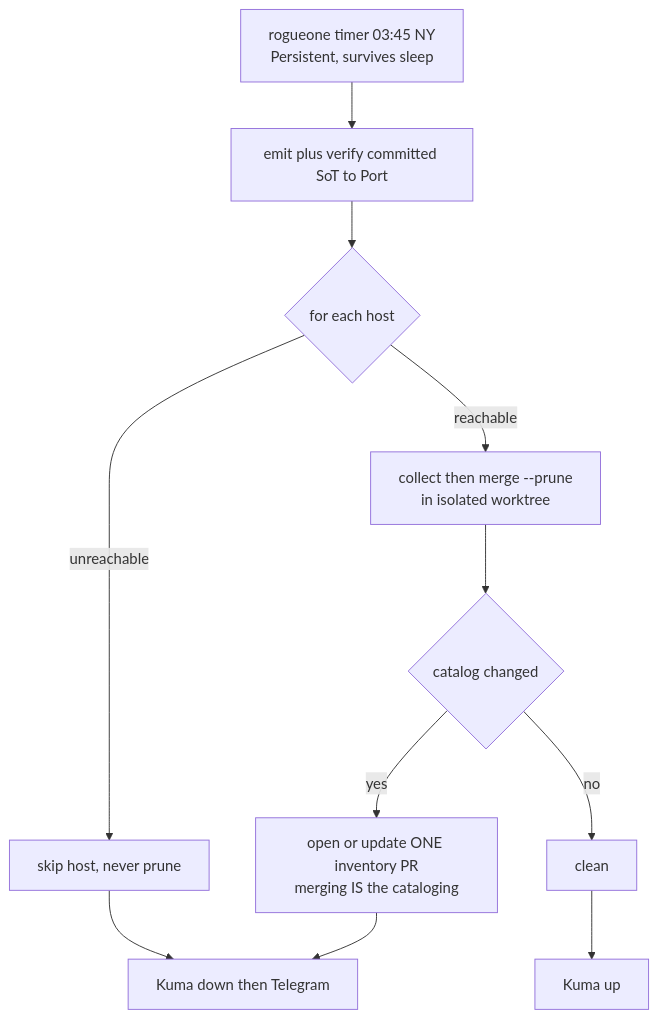
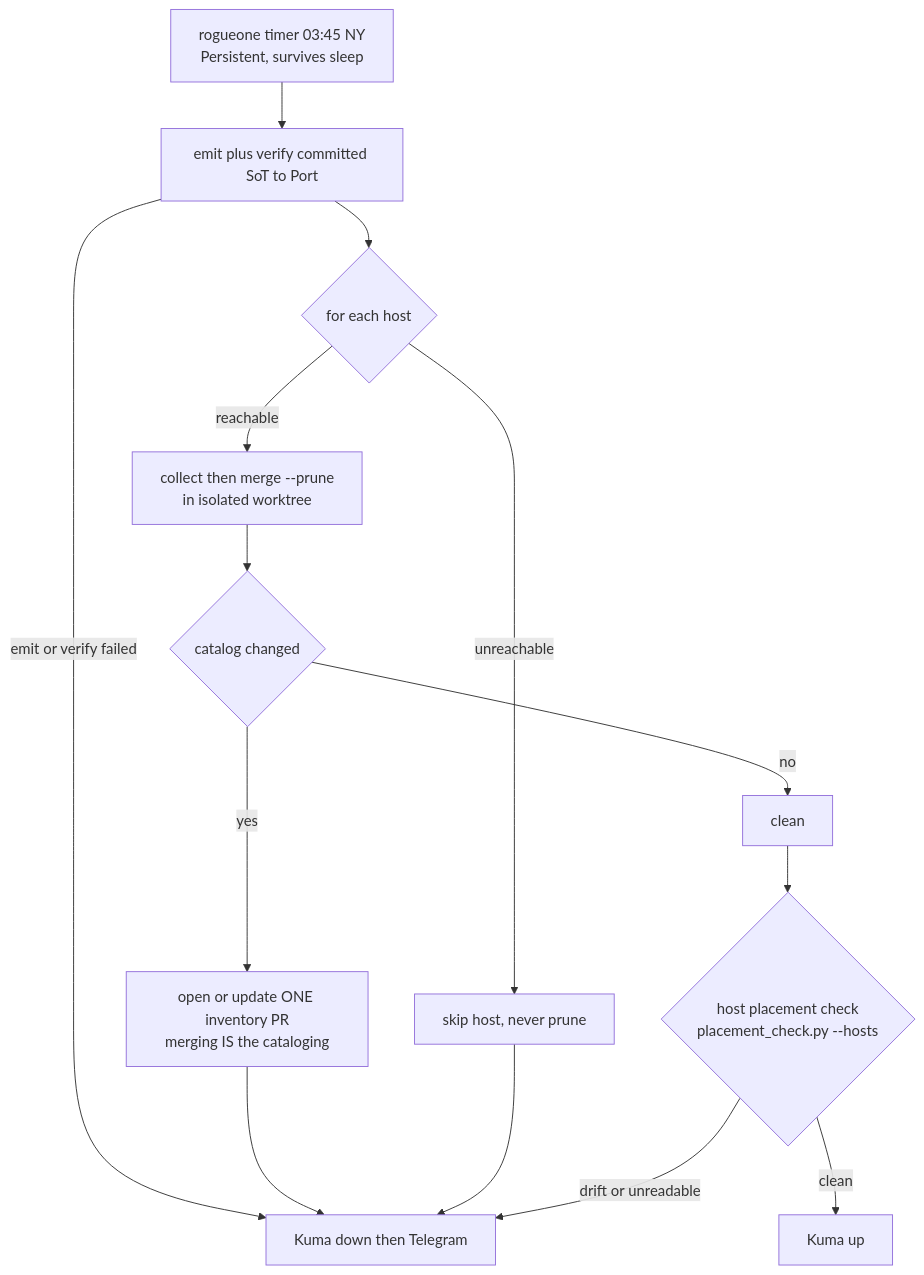
The second of 2 diagrams in docs/diagrams/flow-machine-inventory.md (edtbl76/weyland-lab), drawn with Mermaid before and after one commit. The commit also changed other lines of this file and 11 other files, not shown here.

````diff
--- a/docs/diagrams/flow-machine-inventory.md
+++ b/docs/diagrams/flow-machine-inventory.md
@@ -43,13 +45,16 @@
 ```mermaid
 flowchart TD
     T[rogueone timer 03:45 NY<br/>Persistent, survives sleep] --> E[emit plus verify committed SoT to Port]
+    E -->|emit or verify failed| DOWN
     E --> L{for each host}
     L -->|reachable| M[collect then merge --prune<br/>in isolated worktree]
     L -->|unreachable| S[skip host, never prune]
     M --> C{catalog changed}
     C -->|yes| PR[open or update ONE inventory PR<br/>merging IS the cataloging]
     C -->|no| OK[clean]
     PR --> DOWN[Kuma down then Telegram]
     S --> DOWN
-    OK --> UP[Kuma up]
+    OK --> H{host placement check<br/>placement_check.py --hosts}
+    H -->|drift or unreadable| DOWN
+    H -->|clean| UP[Kuma up]
 ```
````
